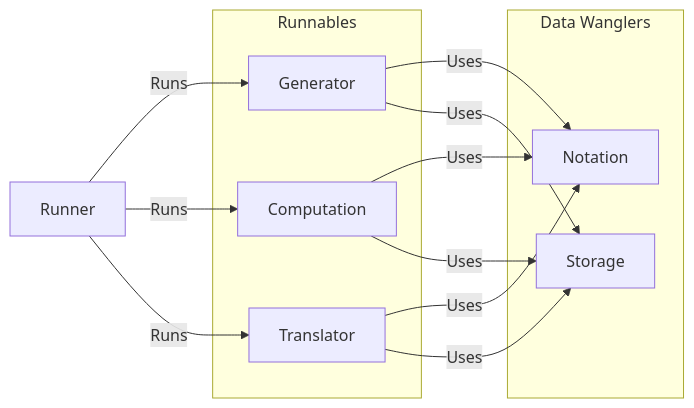
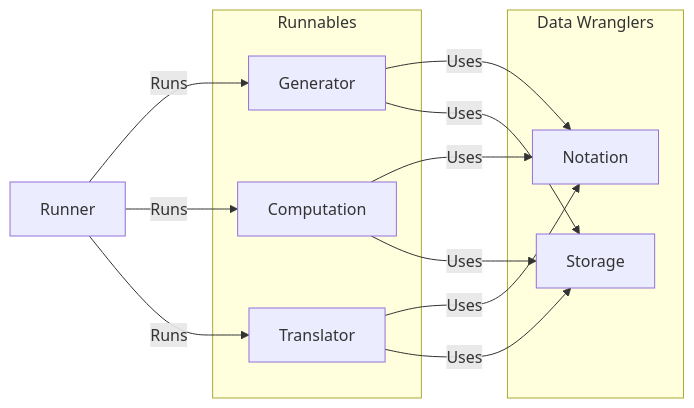
Before and after one commit to Uiowa-Applied-Topology/tanglenomicon_core_libraries: the second of 2 diagrams in docs/design/Home.md, drawn with Mermaid.

Commit message:
Wranglers

````diff
--- a/docs/design/Home.md
+++ b/docs/design/Home.md
@@ -133,23 +133,23 @@
 ```mermaid
 flowchart LR
 	Runner
 subgraph "Runnables"
 	Generator
 	Translator
 	Computation
 end
-subgraph "Data Wanglers"
+subgraph "Data Wranglers"
 	Notation
 	Storage
 end
 Runner -->|Runs| Generator
 Runner -->|Runs| Computation
 Runner -->|Runs| Translator
 Translator -->|Uses| Notation
 Generator -->|Uses| Notation
 Computation -->|Uses| Notation
 Generator -->|Uses| Storage
 Computation -->|Uses| Storage
 Translator -->|Uses| Storage
 
 ```
````
